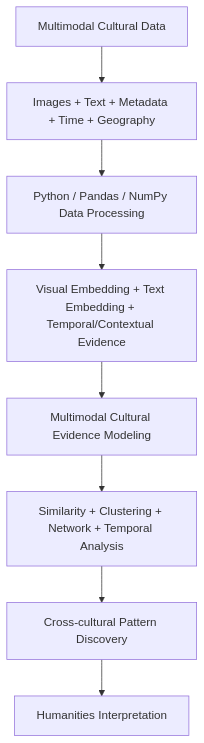
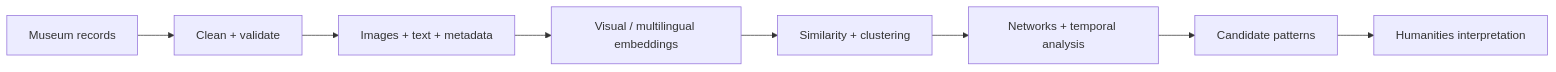
One commit to stella1919/multimodal-cultural-evidence changed the diagram in README.md. Above: the diagram before and after it, drawn with Mermaid. The commit also changed other lines of this file, not shown here.

````diff
--- a/README.md
+++ b/README.md
@@ -19,10 +42,10 @@
 ```mermaid
-flowchart TD
- A[Multimodal Cultural Data] --> B[Images + Text + Metadata + Time + Geography]
- B --> C[Python / Pandas / NumPy Data Processing]
- C --> D[Visual Embedding + Text Embedding + Temporal/Contextual Evidence]
- D --> E[Multimodal Cultural Evidence Modeling]
- E --> F[Similarity + Clustering + Network + Temporal Analysis]
- F --> G[Cross-cultural Pattern Discovery]
- G --> H[Humanities Interpretation]
+flowchart LR
+    A[ Museum records ] --> B[ Clean + validate ]
+    B --> C[ Images + text + metadata ]
+    C --> D[ Visual / multilingual embeddings ]
+    D --> E[ Similarity + clustering ]
+    E --> F[ Networks + temporal analysis ]
+    F --> G[ Candidate patterns ]
+    G --> H[ Humanities interpretation ]
 ```
````
